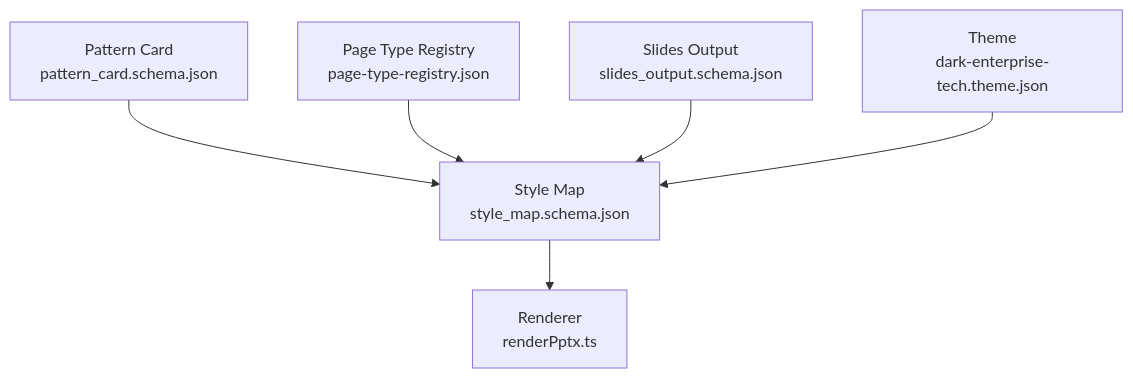
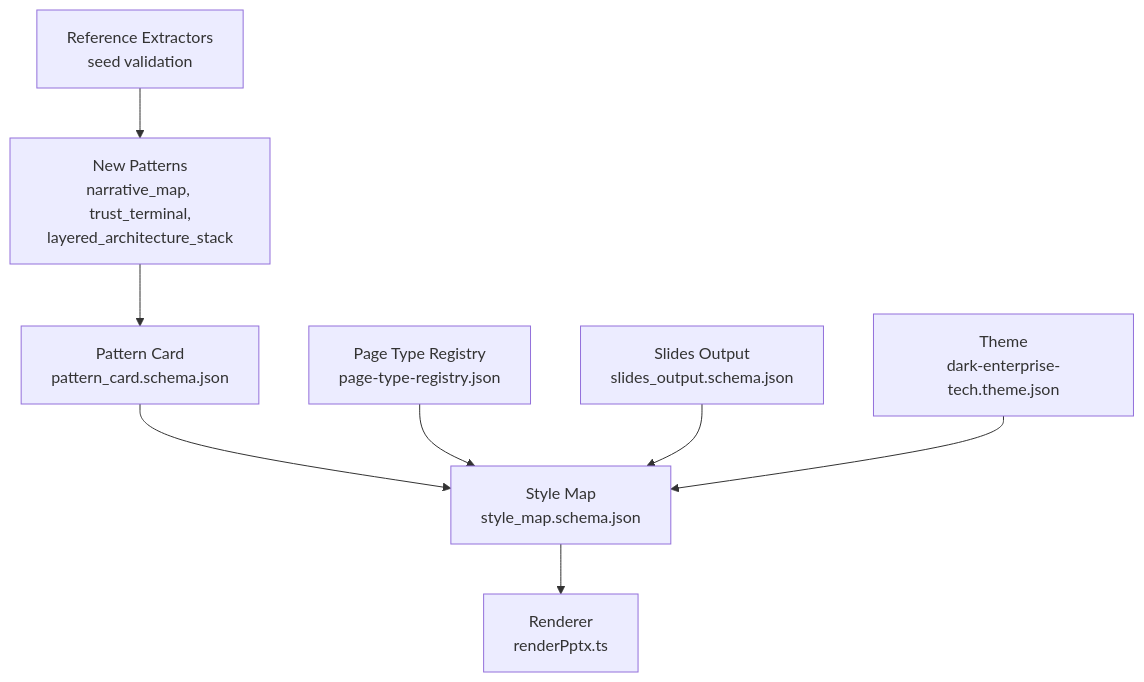
Before and after one commit to brantzh6/deepPPT: the fifth of 5 diagrams in .qoder/repowiki/en/content/Style System/Pattern Cards.md, drawn with Mermaid. The commit also changed other lines of this file and 6 other files, not shown here.

Commit message:
Redesign layered_architecture_stack with modern control panel style

````diff
--- a/.qoder/repowiki/en/content/Style System/Pattern Cards.md
+++ b/.qoder/repowiki/en/content/Style System/Pattern Cards.md
@@ -286,8 +388,10 @@
 ```mermaid
 graph TB
 PC["Pattern Card<br/>pattern_card.schema.json"] --> SM["Style Map<br/>style_map.schema.json"]
 REG["Page Type Registry<br/>page-type-registry.json"] --> SM
 SLIDE["Slides Output<br/>slides_output.schema.json"] --> SM
 THEME["Theme<br/>dark-enterprise-tech.theme.json"] --> SM
+NP["New Patterns<br/>narrative_map, trust_terminal,<br/>layered_architecture_stack"] --> PC
+REF["Reference Extractors<br/>seed validation"] --> NP
 SM --> RND["Renderer<br/>renderPptx.ts"]
 ```
````
